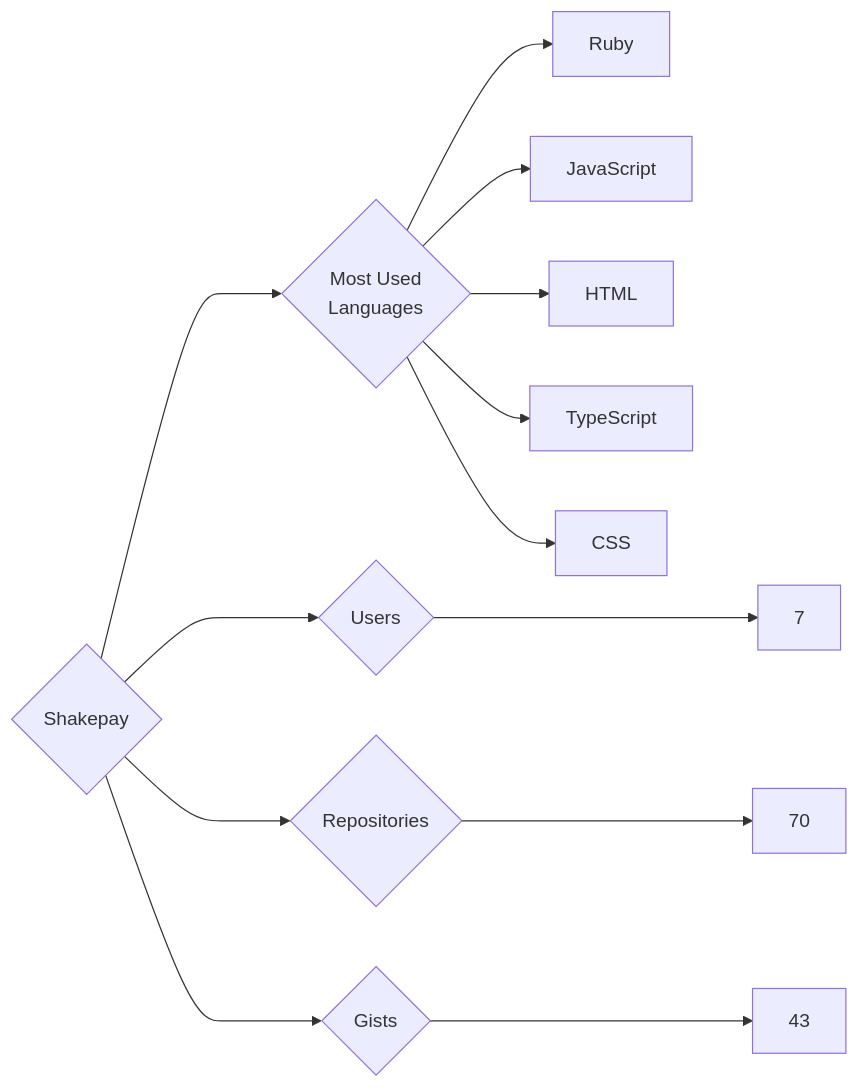
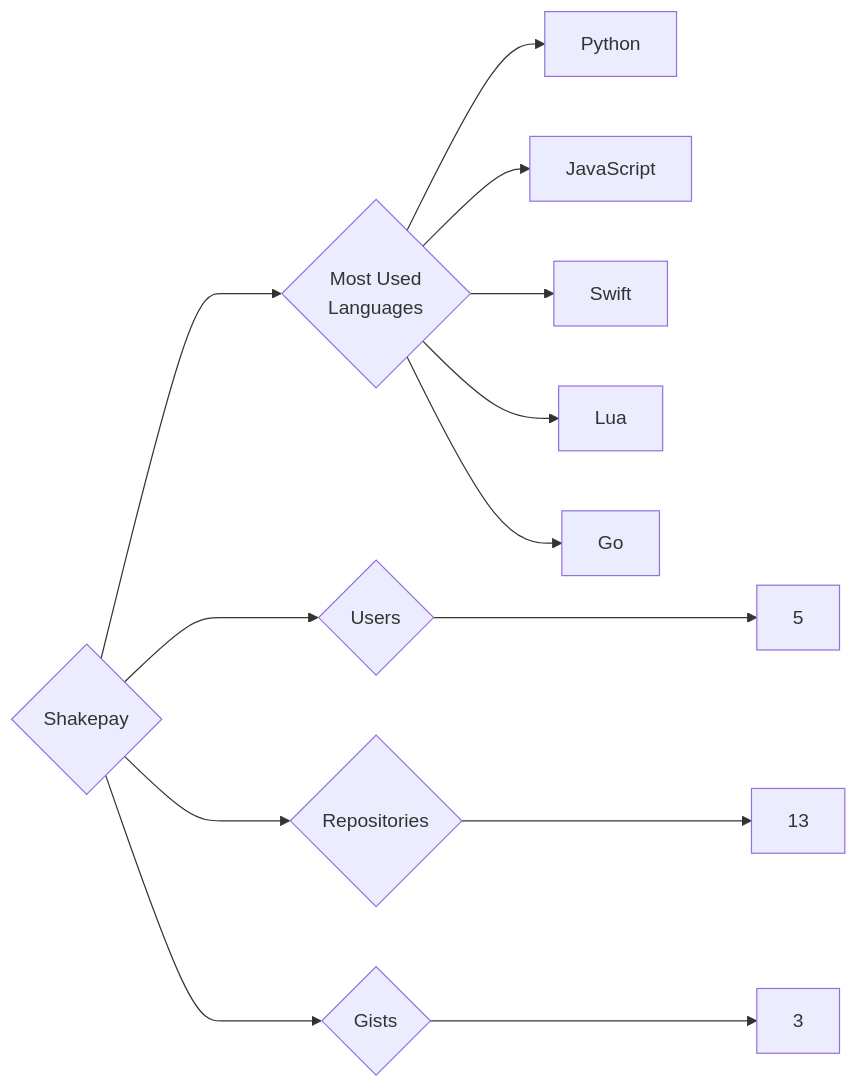
The diagram in targets/Shakepay/README.md (trickest/insiders), drawn with Mermaid before and after one commit. The commit also changed 677 other files, not shown here.

````diff
--- a/targets/Shakepay/README.md
+++ b/targets/Shakepay/README.md
@@ -3,13 +3,13 @@
 ```mermaid
 graph LR
 COMPANY_NAME{Shakepay}
-COMPANY_NAME ---> U{Users} ---> UN[7]
-COMPANY_NAME ---> R{Repositories} ---> RN[70]
-COMPANY_NAME ---> G{Gists} ---> GN[43]
+COMPANY_NAME ---> U{Users} ---> UN[5]
+COMPANY_NAME ---> R{Repositories} ---> RN[13]
+COMPANY_NAME ---> G{Gists} ---> GN[3]
 COMPANY_NAME ---> ML{Most Used<br>Languages}
-ML --> Ruby[Ruby]
+ML --> Python[Python]
 ML --> JavaScript[JavaScript]
-ML --> HTML[HTML]
-ML --> TypeScript[TypeScript]
-ML --> CSS[CSS]
+ML --> Swift[Swift]
+ML --> Lua[Lua]
+ML --> Go[Go]
 ```
````
